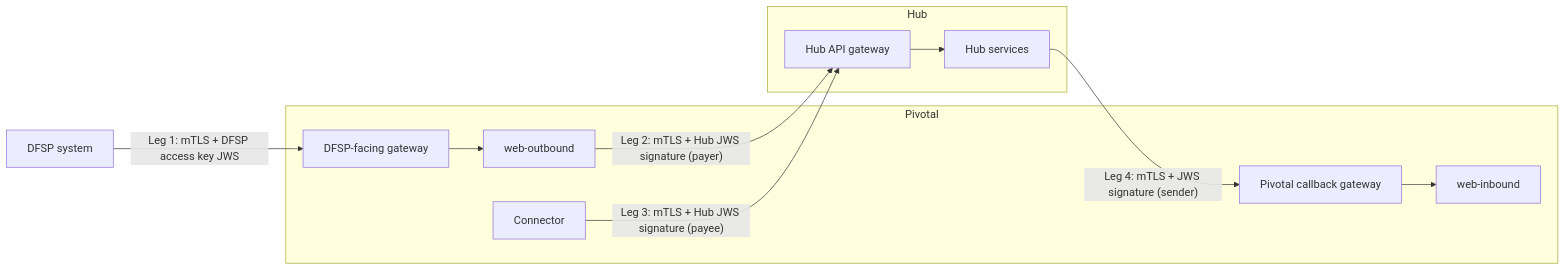
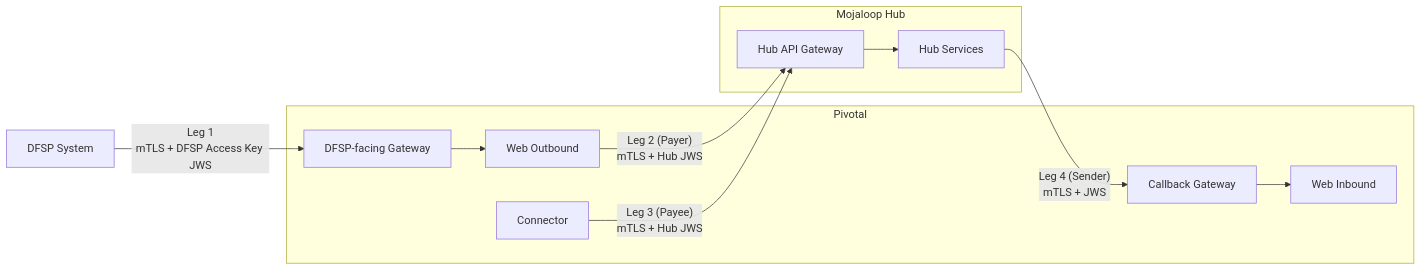
One commit to ThitsaX/pivotal changed the diagram in docs/guide/security/concepts/overview.md. Above: the diagram before and after it, drawn with Mermaid. The commit also changed other lines of this file and 3 other files, not shown here.

Commit message:
docs: make the guide diagrams match the code and keep their labels readable

````diff
--- a/docs/guide/security/concepts/overview.md
+++ b/docs/guide/security/concepts/overview.md
@@ -15,21 +15,28 @@
 ```mermaid
 flowchart LR
-    DFSP["DFSP system"]
+    DFSP["DFSP System"]
+
     subgraph Pivotal
-        DGW["DFSP-facing gateway"]
-        WO["web-outbound"]
+        DGW["DFSP-facing Gateway"]
+        WO["Web Outbound"]
         CON["Connector"]
-        CGW["Pivotal callback gateway"]
-        WI["web-inbound"]
-    end
-    subgraph Hub
-        HGW["Hub API gateway"]
-        HUB["Hub services"]
+        CGW["Callback Gateway"]
+        WI["Web Inbound"]
     end
 
-    DFSP -- "Leg 1: mTLS + DFSP access key JWS" --> DGW --> WO
-    WO -- "Leg 2: mTLS + Hub JWS signature (payer)" --> HGW
-    CON -- "Leg 3: mTLS + Hub JWS signature (payee)" --> HGW
-    HGW --> HUB
-    HUB -- "Leg 4: mTLS + JWS signature (sender)" --> CGW --> WI
+    subgraph Hub["Mojaloop Hub"]
+        HGW["Hub API Gateway"]
+        HS["Hub Services"]
+    end
+
+    DFSP -->|"Leg 1<br/>mTLS + DFSP Access Key JWS"| DGW
+    DGW --> WO
+
+    WO -->|"Leg 2 (Payer)<br/>mTLS + Hub JWS"| HGW
+    CON -->|"Leg 3 (Payee)<br/>mTLS + Hub JWS"| HGW
+
+    HGW --> HS
+
+    HS -->|"Leg 4 (Sender)<br/>mTLS + JWS"| CGW
+    CGW --> WI
 ```
````
